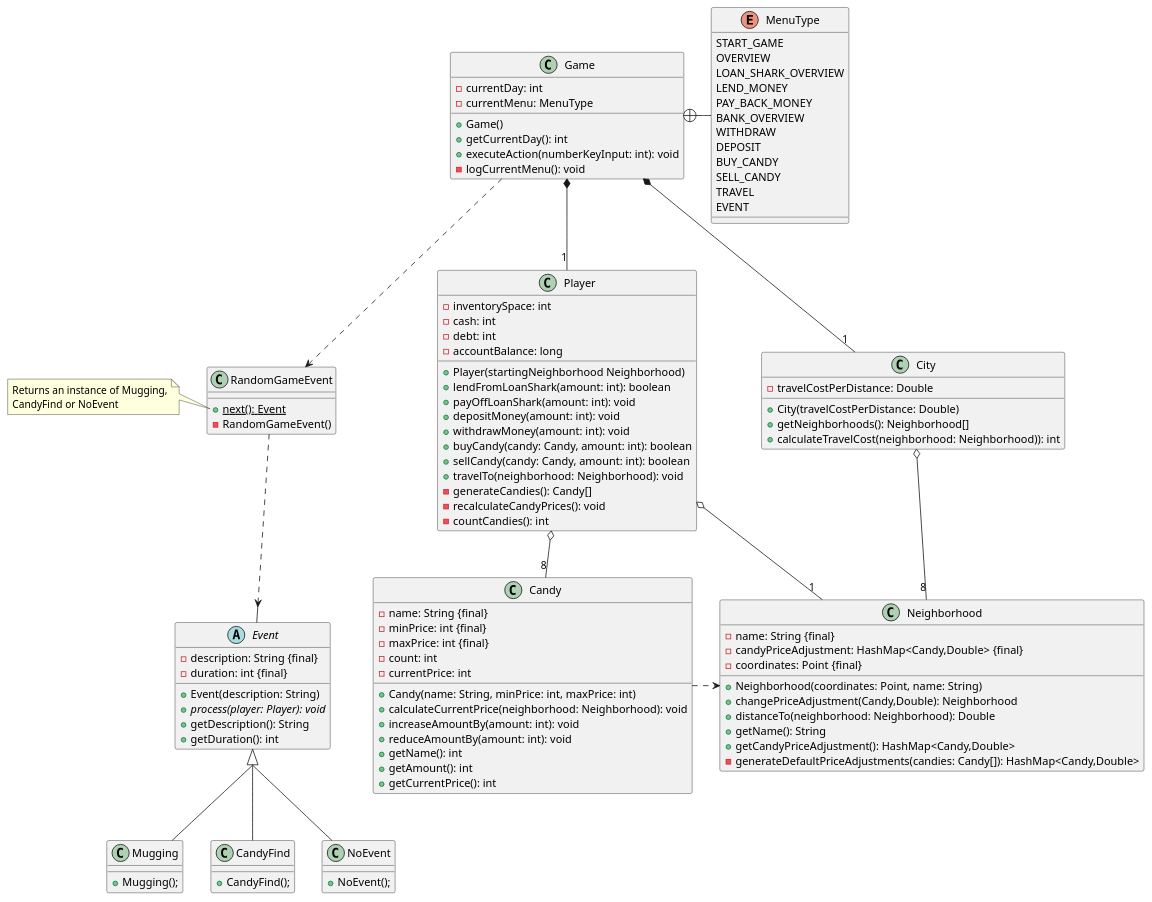
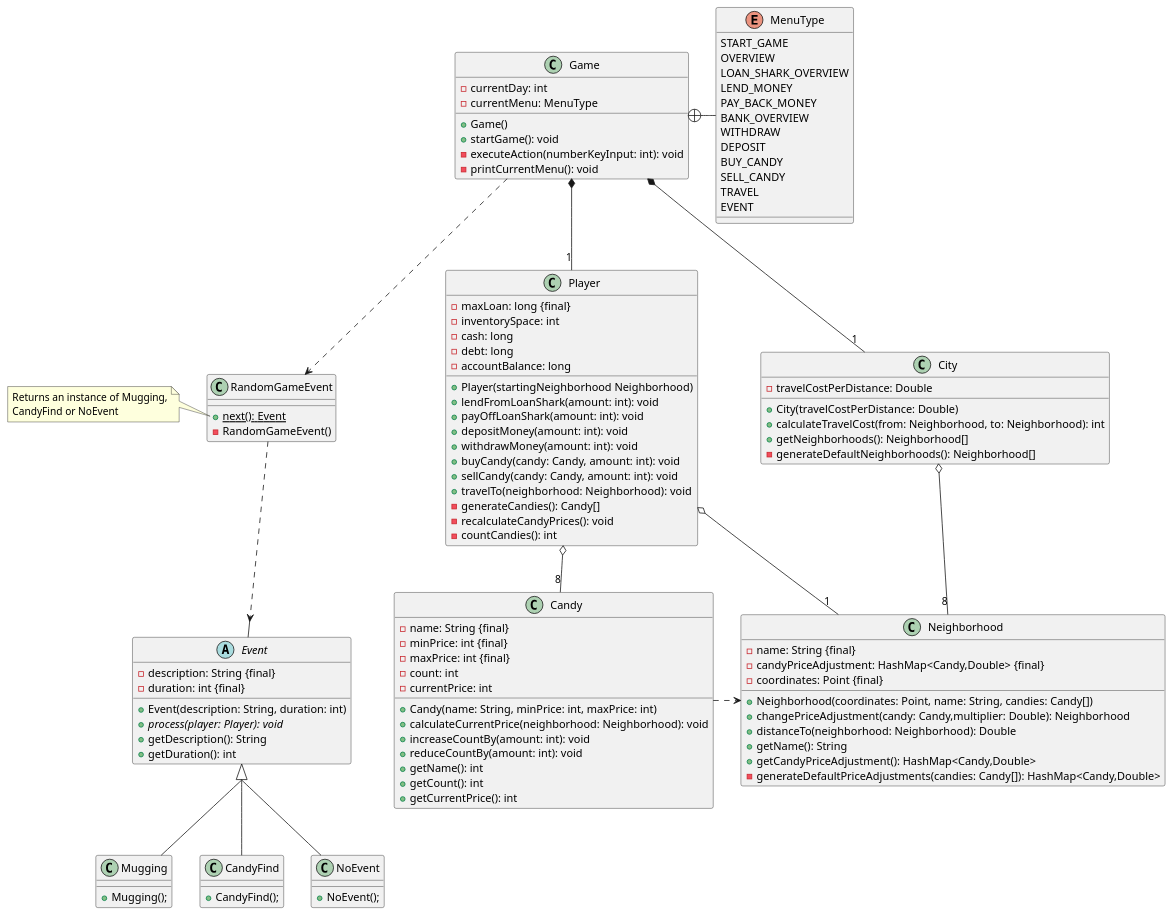
One commit to Huthman/javaTraineeSchulung changed the diagram in UML/candylord.puml. Above: the diagram before and after it, drawn with PlantUML. The commit also changed 13 other files, not shown here.

Commit message:
WIP CandyLord uml realized

```diff
--- a/UML/candylord.puml
+++ b/UML/candylord.puml
@@ -1,128 +1,130 @@
 @startuml
 'https://plantuml.com/class-diagram
 skinparam groupInheritance 2
 
 class Player{
+    -maxLoan: long {final}
     -inventorySpace: int
-    -cash: int
-    -debt: int
+    -cash: long
+    -debt: long
     -accountBalance: long
     +Player(startingNeighborhood Neighborhood)
-    +lendFromLoanShark(amount: int): boolean
+    +lendFromLoanShark(amount: int): void
     +payOffLoanShark(amount: int): void
     +depositMoney(amount: int): void
     +withdrawMoney(amount: int): void
-    +buyCandy(candy: Candy, amount: int): boolean
-    +sellCandy(candy: Candy, amount: int): boolean
+    +buyCandy(candy: Candy, amount: int): void
+    +sellCandy(candy: Candy, amount: int): void
     +travelTo(neighborhood: Neighborhood): void
     -generateCandies(): Candy[]
     -recalculateCandyPrices(): void
     -countCandies(): int
 }
 
 enum MenuType{
     START_GAME
     OVERVIEW
     LOAN_SHARK_OVERVIEW
     LEND_MONEY
     PAY_BACK_MONEY
     BANK_OVERVIEW
     WITHDRAW
     DEPOSIT
     BUY_CANDY
     SELL_CANDY
     TRAVEL
     EVENT
 }
 
 class Game{
     -currentDay: int
     -currentMenu: MenuType
     +Game()
-    +getCurrentDay(): int
-    +executeAction(numberKeyInput: int): void
-    -logCurrentMenu(): void
+    +startGame(): void
+    -executeAction(numberKeyInput: int): void
+    -printCurrentMenu(): void
 }
 
 class Candy{
     -name: String {final}
     -minPrice: int {final}
     -maxPrice: int {final}
     -count: int
     -currentPrice: int
     +Candy(name: String, minPrice: int, maxPrice: int)
     +calculateCurrentPrice(neighborhood: Neighborhood): void
-    +increaseAmountBy(amount: int): void
-    +reduceAmountBy(amount: int): void
+    +increaseCountBy(amount: int): void
+    +reduceCountBy(amount: int): void
     +getName(): int
-    +getAmount(): int
+    +getCount(): int
     +getCurrentPrice(): int
 }
 
 abstract class Event{
     -description: String {final}
     -duration: int {final}
-    +Event(description: String)
+    +Event(description: String, duration: int)
     +process(player: Player): void {abstract}
     +getDescription(): String
     +getDuration(): int
 }
 
 class Mugging{
     +Mugging();
 }
 class CandyFind{
     +CandyFind();
 }
 class NoEvent{
     +NoEvent();
 }
 
 
 class City{
     -travelCostPerDistance: Double
     +City(travelCostPerDistance: Double)
+    +calculateTravelCost(from: Neighborhood, to: Neighborhood): int
     +getNeighborhoods(): Neighborhood[]
-    +calculateTravelCost(neighborhood: Neighborhood)): int
+    -generateDefaultNeighborhoods(): Neighborhood[]
 }
 
 class Neighborhood{
     -name: String {final}
     -candyPriceAdjustment: HashMap<Candy,Double> {final}
     -coordinates: Point {final}
-    +Neighborhood(coordinates: Point, name: String)
-    +changePriceAdjustment(Candy,Double): Neighborhood
+    +Neighborhood(coordinates: Point, name: String, candies: Candy[])
+    +changePriceAdjustment(candy: Candy,multiplier: Double): Neighborhood
     +distanceTo(neighborhood: Neighborhood): Double
     +getName(): String
     +getCandyPriceAdjustment(): HashMap<Candy,Double>
     -generateDefaultPriceAdjustments(candies: Candy[]): HashMap<Candy,Double>
 }
 
 
 class RandomGameEvent{
     +next(): Event {static}
     -RandomGameEvent()
 }
 note left of RandomGameEvent::next
     Returns an instance of Mugging,
     CandyFind or NoEvent
 end note
 
 City o-- "8" Neighborhood
 
 Player o-- "8" Candy
 
 Game *- "1" Player
 Game *-- "1" City
 Game ..> RandomGameEvent
 RandomGameEvent ..> Event
 Candy .> Neighborhood
 Player o-- "1" Neighborhood
 Event <|-- Mugging
 Event <|-- CandyFind
 Event <|-- NoEvent
 Game +- MenuType
 
 
 
 @enduml
```
